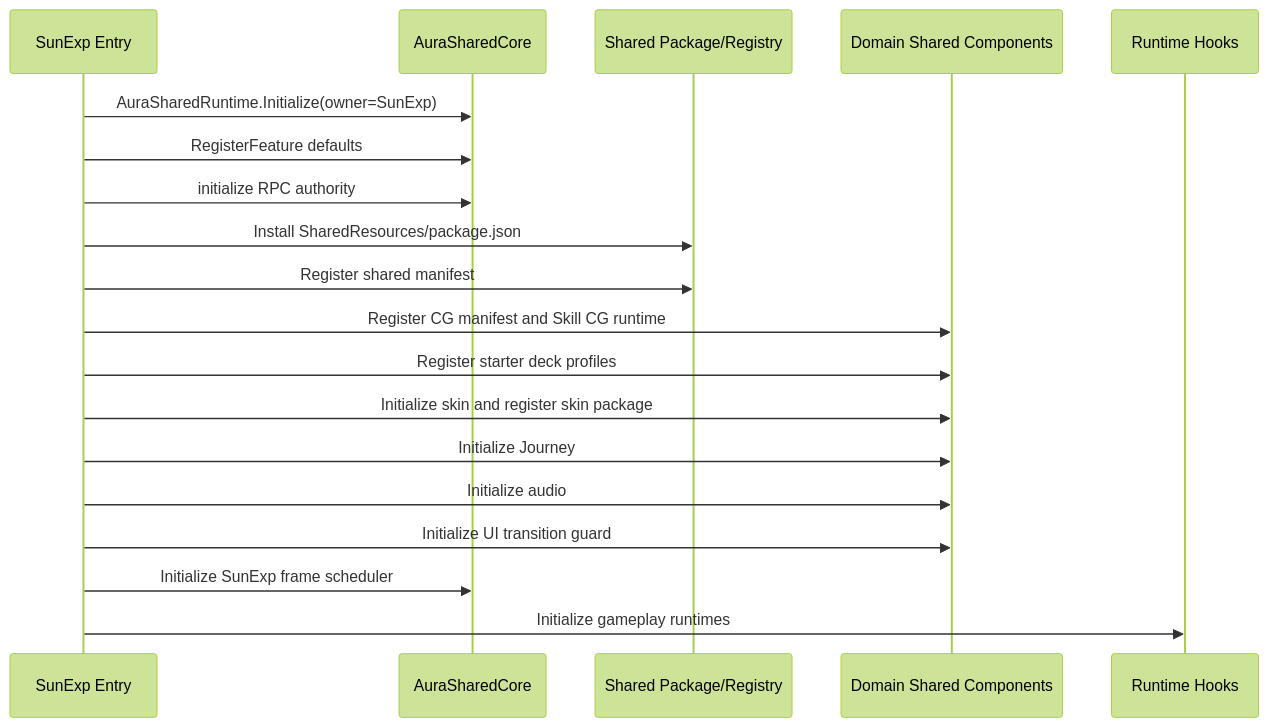
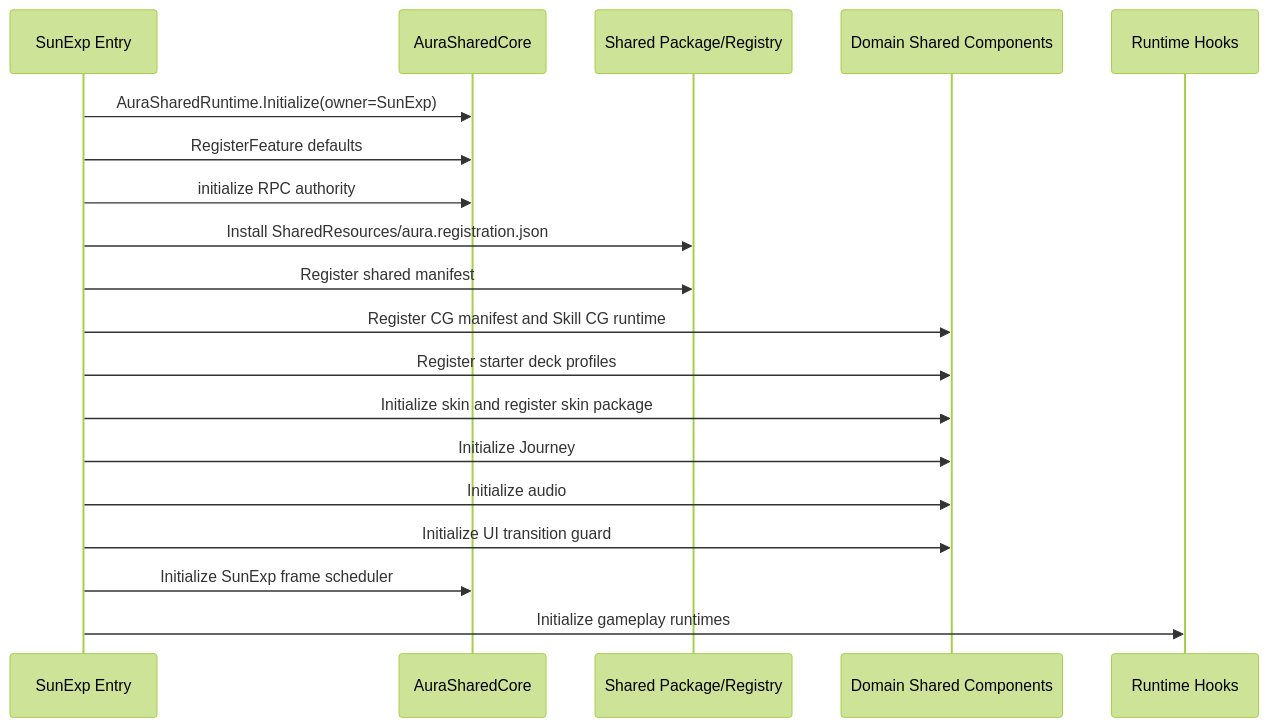
One commit to AuraKaliya/apocalyptic-journey-mod-SunExp changed the second of 2 diagrams in docs/SunExp/04-Aura共享层与核心层接入.md. Above: the diagram before and after it, drawn with Mermaid (forest theme). The commit also changed other lines of this file and 54 other files, not shown here.

````diff
--- a/docs/SunExp/04-Aura共享层与核心层接入.md
+++ b/docs/SunExp/04-Aura共享层与核心层接入.md
@@ -94,22 +94,22 @@
 ```mermaid
 sequenceDiagram
     participant E as SunExp Entry
     participant C as AuraSharedCore
     participant P as Shared Package/Registry
     participant D as Domain Shared Components
     participant H as Runtime Hooks
 
     E->>C: AuraSharedRuntime.Initialize(owner=SunExp)
     E->>C: RegisterFeature defaults
     E->>C: initialize RPC authority
-    E->>P: Install SharedResources/package.json
+    E->>P: Install SharedResources/aura.registration.json
     E->>P: Register shared manifest
     E->>D: Register CG manifest and Skill CG runtime
     E->>D: Register starter deck profiles
     E->>D: Initialize skin and register skin package
     E->>D: Initialize Journey
     E->>D: Initialize audio
     E->>D: Initialize UI transition guard
     E->>C: Initialize SunExp frame scheduler
     E->>H: Initialize gameplay runtimes
 ```
````
